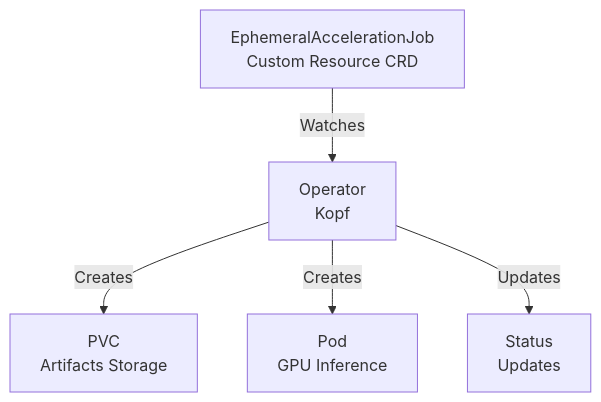
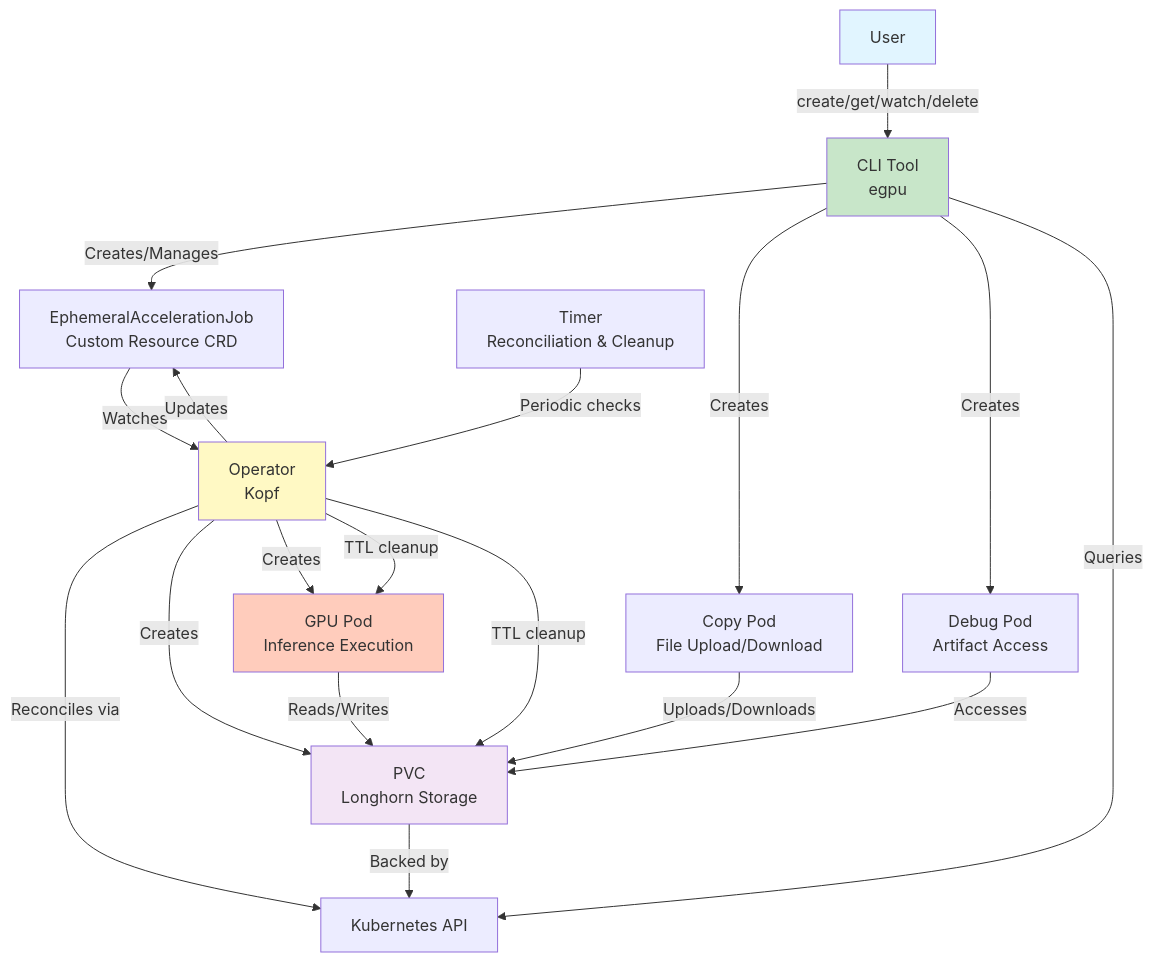
One commit to pshakespeare/ephemeral-gpu-image-inference-operator changed the first of 2 diagrams in README.md. Above: the diagram before and after it, drawn with Mermaid. The commit also changed other lines of this file, not shown here.

Commit message:
updated diagrams on readme file

````diff
--- a/README.md
+++ b/README.md
@@ -17,13 +17,41 @@
 ```mermaid
 graph TD
+    USER[User]
+    CLI[CLI Tool<br/>egpu]
     CR[EphemeralAccelerationJob<br/>Custom Resource CRD]
     OP[Operator<br/>Kopf]
-    PVC[PVC<br/>Artifacts Storage]
-    POD[Pod<br/>GPU Inference]
-    STATUS[Status<br/>Updates]
+    K8S[Kubernetes API]
+    PVC[PVC<br/>Longhorn Storage]
+    GPU_POD[GPU Pod<br/>Inference Execution]
+    DEBUG_POD[Debug Pod<br/>Artifact Access]
+    COPY_POD[Copy Pod<br/>File Upload/Download]
+    TIMER[Timer<br/>Reconciliation & Cleanup]
+    
+    USER -->|create/get/watch/delete| CLI
+    CLI -->|Creates/Manages| CR
+    CLI -->|Creates| COPY_POD
+    CLI -->|Creates| DEBUG_POD
+    CLI -->|Queries| K8S
     
     CR -->|Watches| OP
+    OP -->|Reconciles via| K8S
     OP -->|Creates| PVC
-    OP -->|Creates| POD
-    OP -->|Updates| STATUS
+    OP -->|Creates| GPU_POD
+    OP -->|Updates| CR
+    
+    TIMER -->|Periodic checks| OP
+    OP -->|TTL cleanup| GPU_POD
+    OP -->|TTL cleanup| PVC
+    
+    GPU_POD -->|Reads/Writes| PVC
+    DEBUG_POD -->|Accesses| PVC
+    COPY_POD -->|Uploads/Downloads| PVC
+    
+    PVC -->|Backed by| K8S
+    
+    style USER fill:#e1f5ff
+    style CLI fill:#c8e6c9
+    style OP fill:#fff9c4
+    style GPU_POD fill:#ffccbc
+    style PVC fill:#f3e5f5
 ```
````
